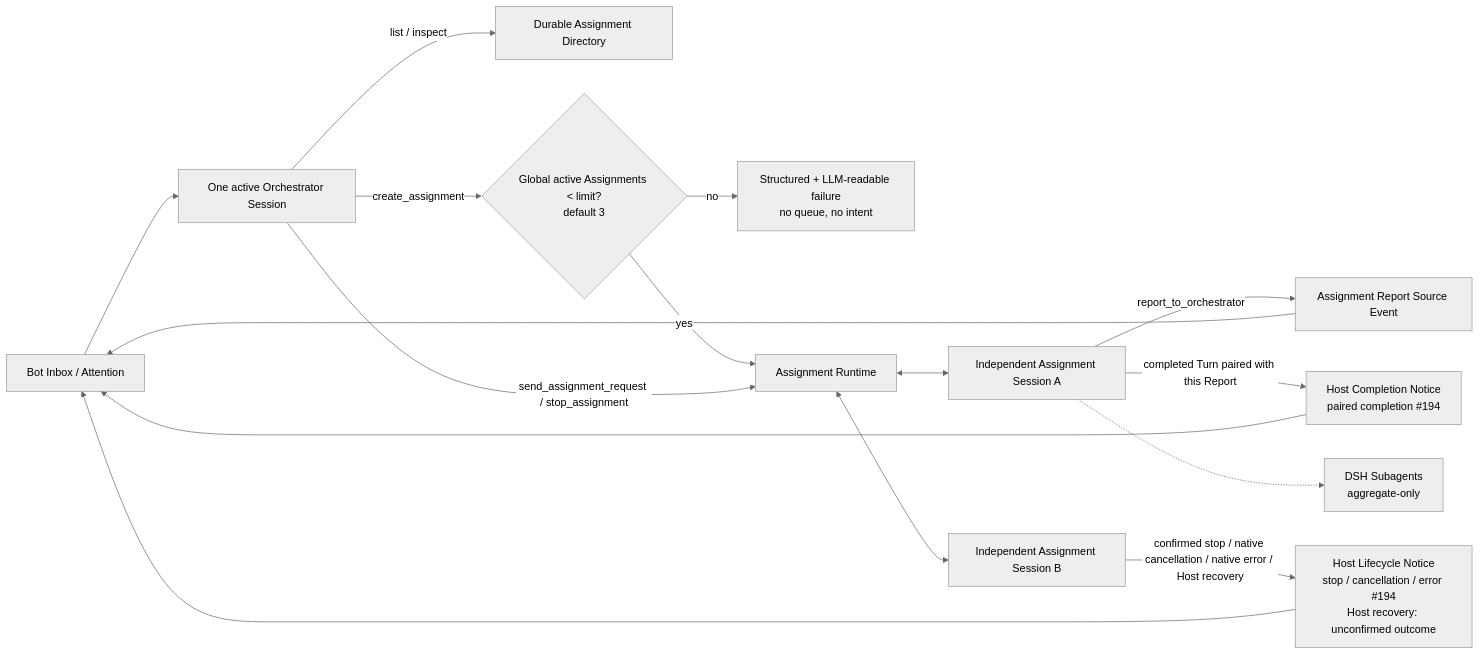
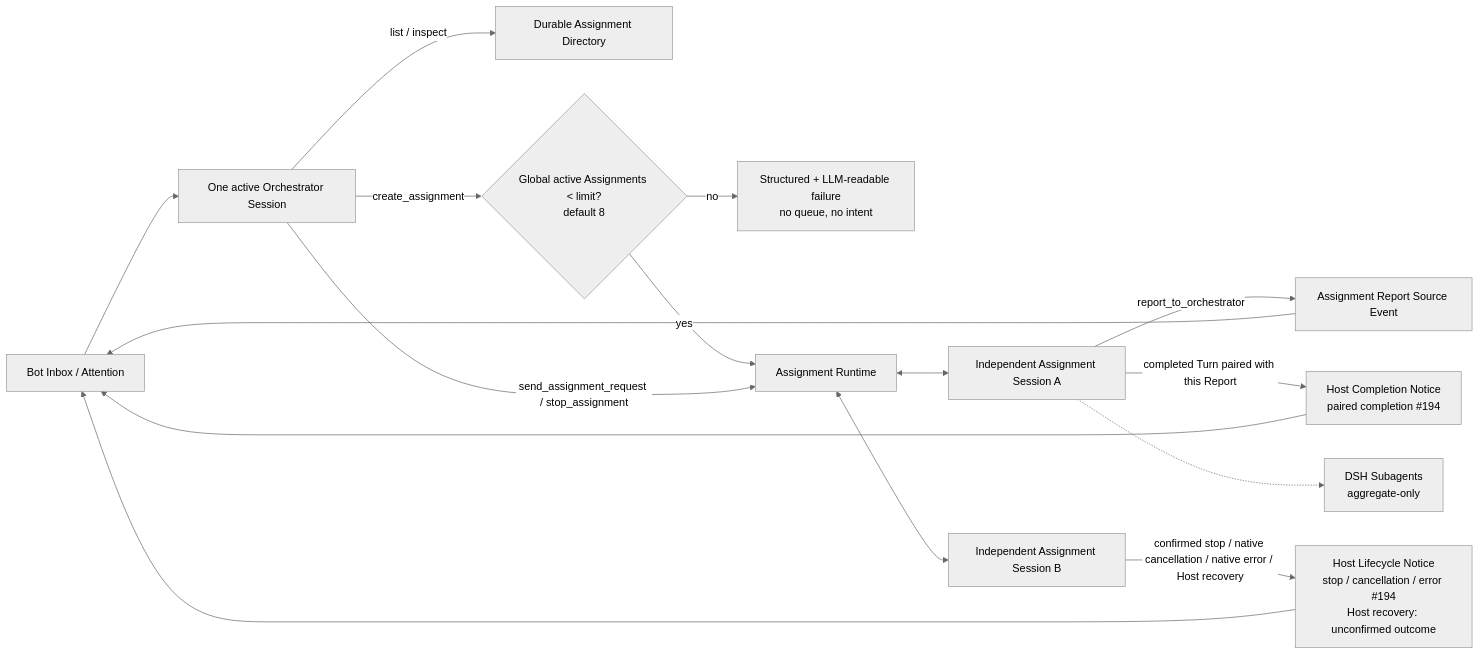
Before and after one commit to sdkwork-ai/sdkwork-deepseekbot: the diagram in docs/architecture/diagrams/05-im-binding.mmd, drawn with Mermaid (neutral theme). The commit also changed 24 other files, not shown here.

```diff
--- a/docs/architecture/diagrams/05-im-binding.mmd
+++ b/docs/architecture/diagrams/05-im-binding.mmd
@@ -1,16 +1,16 @@
 flowchart LR
   Inbox["Bot Inbox / Attention"] --> O["One active Orchestrator Session"]
   O -->|"list / inspect"| Dir["Durable Assignment Directory"]
-  O -->|"create_assignment"| Gate{"Global active Assignments < limit?<br/>default 3"}
+  O -->|"create_assignment"| Gate{"Global active Assignments < limit?<br/>default 8"}
   Gate -- "no" --> Error["Structured + LLM-readable failure<br/>no queue, no intent"]
   Gate -- "yes" --> Runtime["Assignment Runtime"]
   O -->|"send_assignment_request / stop_assignment"| Runtime
   Runtime <--> W1["Independent Assignment Session A"]
   Runtime <--> W2["Independent Assignment Session B"]
   W1 -->|"report_to_orchestrator"| Report["Assignment Report Source Event"]
   W1 -->|"completed Turn paired with this Report"| Completion["Host Completion Notice<br/>paired completion #194"]
   W2 -->|"confirmed stop / native cancellation / native error / Host recovery"| Notice["Host Lifecycle Notice<br/>stop / cancellation / error #194<br/>Host recovery: unconfirmed outcome"]
   Report --> Inbox
   Completion --> Inbox
   Notice --> Inbox
   W1 -.-> Sub["DSH Subagents<br/>aggregate-only"]
```
